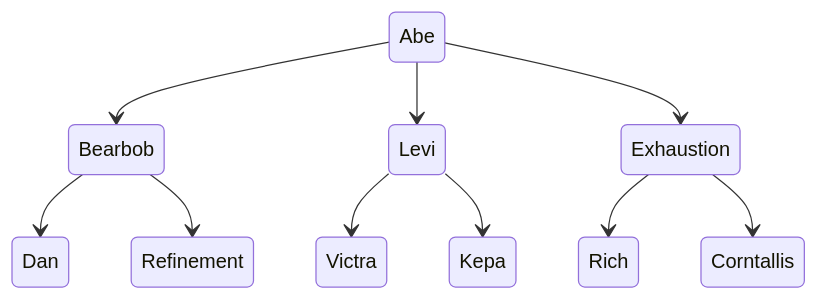
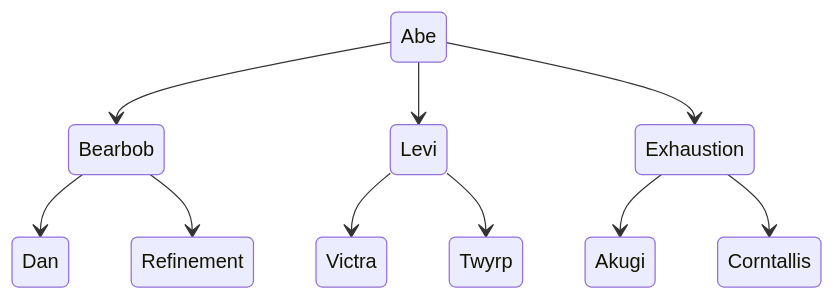
One commit to leemWF/READMEVault changed the fifth of 10 diagrams in wepulled/swp/README.md. Above: the diagram before and after it, drawn with Mermaid. The commit also changed other lines of this file, not shown here.

````diff
--- a/wepulled/swp/README.md
+++ b/wepulled/swp/README.md
@@ -97,23 +110,23 @@
 ```mermaid
 stateDiagram-v2
     t1: Abe
     h1: Bearbob
     h2: Levi
     h3: Exhaustion
     r1: Dan
     r2: Refinement
     r3: Victra
-    r4: Kepa
-    r5: Rich
+    r4: Twyrp
+    r5: Akugi
     r6: Corntallis
 
     t1 --> h1
     t1 --> h2
     t1 --> h3
     h1 --> r1
     h1 --> r2
     h2 --> r3
     h2 --> r4
     h3 --> r5
     h3 --> r6
 ```
````
